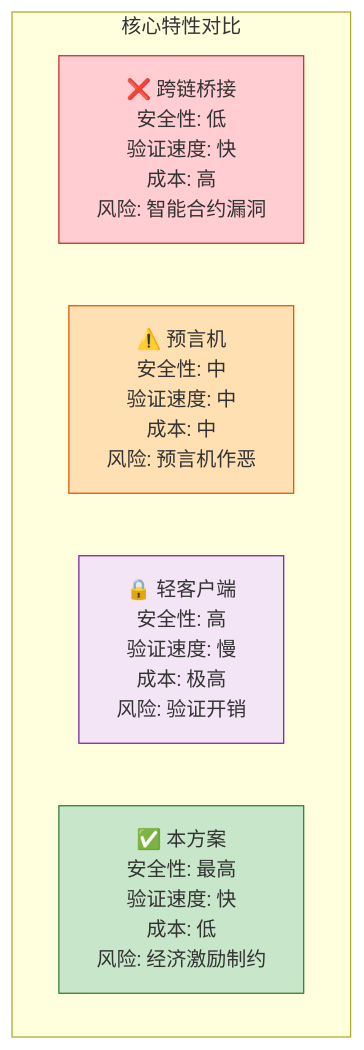
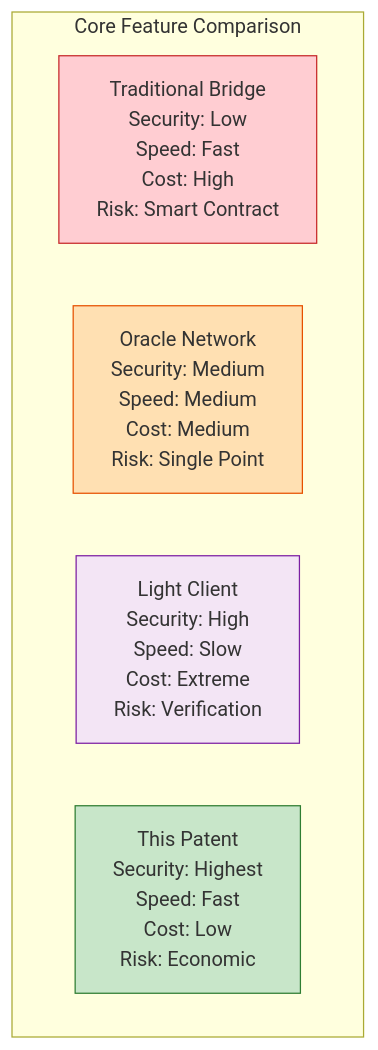
One commit to JCCDex/jcc_document changed diagram 12 of 17 in src/jcc_blog/pic.md. Above: the diagram before and after it, drawn with Mermaid. The commit also changed other lines of this file, not shown here.

First line of the commit message:
Fix Mermaid 8.9.2 compatibility issues

````diff
--- a/src/jcc_blog/pic.md
+++ b/src/jcc_blog/pic.md
@@ -403,14 +403,14 @@
 ```mermaid
 graph TB
-    subgraph Features["核心特性对比"]
-        T1["❌ 跨链桥接<br/>安全性: 低<br/>验证速度: 快<br/>成本: 高<br/>风险: 智能合约漏洞"]
-        T2["⚠️ 预言机<br/>安全性: 中<br/>验证速度: 中<br/>成本: 中<br/>风险: 预言机作恶"]
-        T3["🔒 轻客户端<br/>安全性: 高<br/>验证速度: 慢<br/>成本: 极高<br/>风险: 验证开销"]
-        T4["✅ 本方案<br/>安全性: 最高<br/>验证速度: 快<br/>成本: 低<br/>风险: 经济激励制约"]
+    subgraph Features["Core Feature Comparison"]
+        T1["Traditional Bridge<br/>Security: Low<br/>Speed: Fast<br/>Cost: High<br/>Risk: Smart Contract"]
+        T2["Oracle Network<br/>Security: Medium<br/>Speed: Medium<br/>Cost: Medium<br/>Risk: Single Point"]
+        T3["Light Client<br/>Security: High<br/>Speed: Slow<br/>Cost: Extreme<br/>Risk: Verification"]
+        T4["This Patent<br/>Security: Highest<br/>Speed: Fast<br/>Cost: Low<br/>Risk: Economic"]
     end
     
     style T1 fill:#ffcdd2,stroke:#c62828
     style T2 fill:#ffe0b2,stroke:#e65100
     style T3 fill:#f3e5f5,stroke:#7b1fa2
     style T4 fill:#c8e6c9,stroke:#2e7d32
 ```
````
